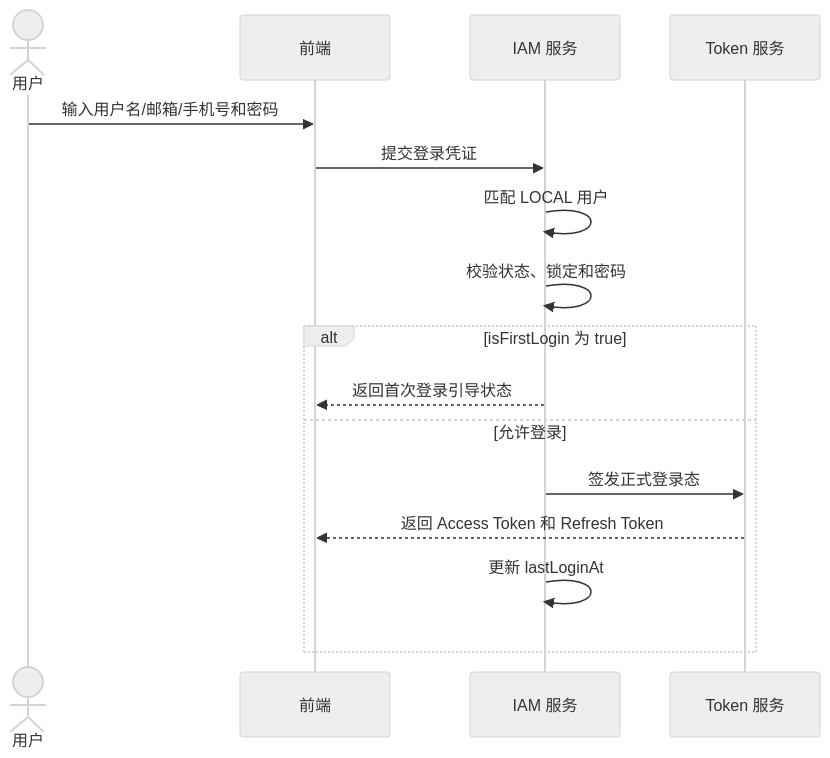
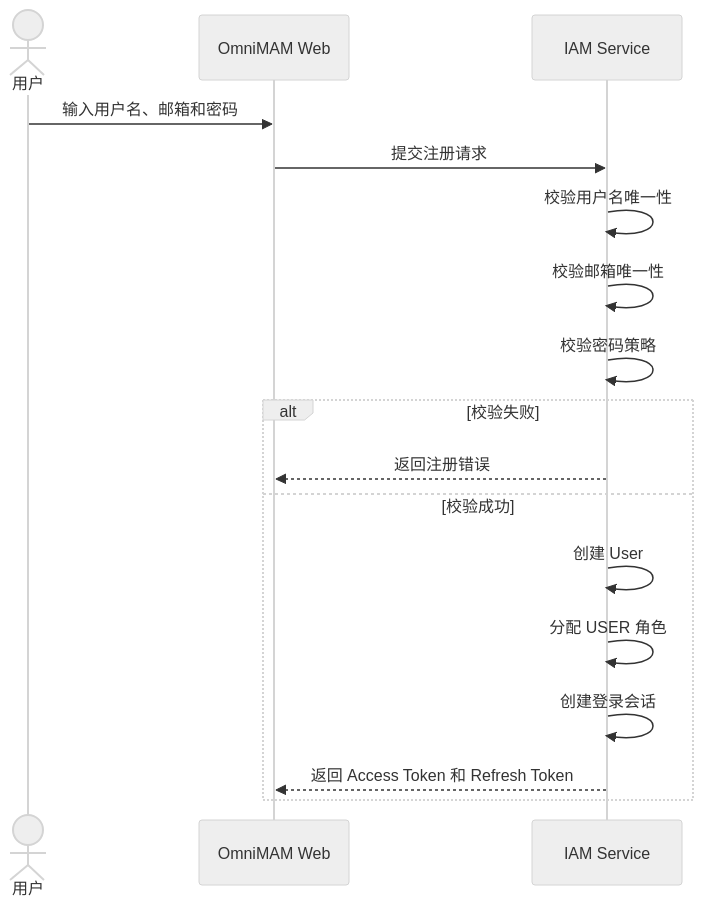
The second of 10 diagrams in 00_product/domains/identity/product-spec.md (wangweihong/omnimam-spec), drawn with Mermaid (neutral theme) before and after one commit. The commit also changed other lines of this file and 24 other files, not shown here.

````diff
--- a/00_product/domains/identity/product-spec.md
+++ b/00_product/domains/identity/product-spec.md
@@ -654,19 +640,22 @@
 ```mermaid
 sequenceDiagram
-  actor U as 用户
-  participant FE as 前端
-  participant IAM as IAM 服务
-  participant Token as Token 服务
+    actor U as 用户
+    participant FE as OmniMAM Web
+    participant IAM as IAM Service
 
-  U->>FE: 输入用户名/邮箱/手机号和密码
-  FE->>IAM: 提交登录凭证
-  IAM->>IAM: 匹配 LOCAL 用户
-  IAM->>IAM: 校验状态、锁定和密码
-  alt isFirstLogin 为 true
-    IAM-->>FE: 返回首次登录引导状态
-  else 允许登录
-    IAM->>Token: 签发正式登录态
-    Token-->>FE: 返回 Access Token 和 Refresh Token
-    IAM->>IAM: 更新 lastLoginAt
-  end
+    U->>FE: 输入用户名、邮箱和密码
+    FE->>IAM: 提交注册请求
+
+    IAM->>IAM: 校验用户名唯一性
+    IAM->>IAM: 校验邮箱唯一性
+    IAM->>IAM: 校验密码策略
+
+    alt 校验失败
+        IAM-->>FE: 返回注册错误
+    else 校验成功
+        IAM->>IAM: 创建 User
+        IAM->>IAM: 分配 USER 角色
+        IAM->>IAM: 创建登录会话
+        IAM-->>FE: 返回 Access Token 和 Refresh Token
+    end
 ```
````
